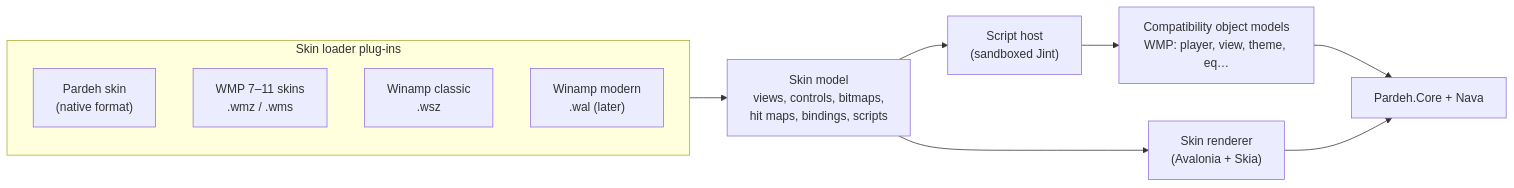
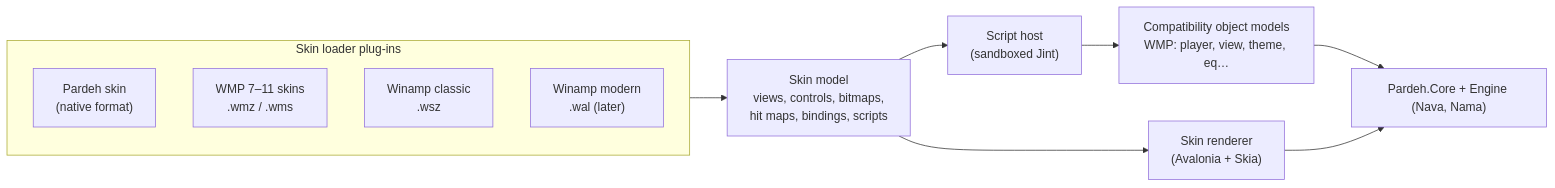
Before and after one commit to behradbhrmi/Pardeh: the diagram in docs/04-theme-plugin-architecture.md, drawn with Mermaid. The commit also changed 45 other files, not shown here.

First line of the commit message:
refactor: Nava is the audio, Nama the video

````diff
--- a/docs/04-theme-plugin-architecture.md
+++ b/docs/04-theme-plugin-architecture.md
@@ -5,15 +5,15 @@
 ```mermaid
 flowchart LR
   subgraph Loaders["Skin loader plug-ins"]
     P["Pardeh skin<br/>(native format)"]
     W["WMP 7–11 skins<br/>.wmz / .wms"]
     A["Winamp classic<br/>.wsz"]
     M["Winamp modern<br/>.wal (later)"]
   end
   Loaders --> SM["Skin model<br/>views, controls, bitmaps,<br/>hit maps, bindings, scripts"]
   SM --> R["Skin renderer<br/>(Avalonia + Skia)"]
   SM --> JS["Script host<br/>(sandboxed Jint)"]
   JS --> OM["Compatibility object models<br/>WMP: player, view, theme, eq…"]
-  OM --> Core["Pardeh.Core + Nava"]
+  OM --> Core["Pardeh.Core + Engine (Nava, Nama)"]
   R --> Core
 ```
````
